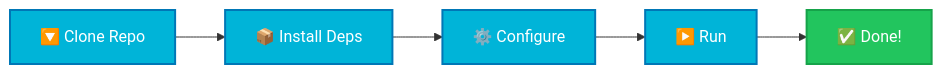
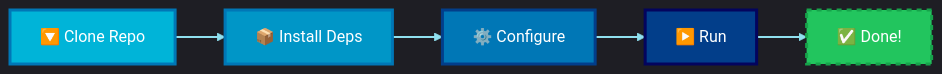
One commit to hxgzg6635jgd-art/TelegramRestrictionBypass changed the first of 4 diagrams in README.md. Above: the diagram before and after it, drawn with Mermaid. The commit also changed other lines of this file and 2 other files, not shown here.

````diff
--- a/README.md
+++ b/README.md
@@ -319,13 +375,16 @@
 ```mermaid
+%%{init: {'theme':'dark', 'themeVariables': { 'primaryColor':'#00b4d8','primaryTextColor':'#fff','primaryBorderColor':'#0077b6','lineColor':'#90e0ef','secondaryColor':'#48cae4','tertiaryColor':'#023e8a','fontSize':'16px'}}}%%
 graph LR
     A[🔽 Clone Repo] --> B[📦 Install Deps]
     B --> C[⚙️ Configure]
     C --> D[▶️ Run]
     D --> E[✅ Done!]
 
-    style A fill:#00b4d8,stroke:#0077b6,stroke-width:2px,color:#fff
-    style B fill:#00b4d8,stroke:#0077b6,stroke-width:2px,color:#fff
-    style C fill:#00b4d8,stroke:#0077b6,stroke-width:2px,color:#fff
-    style D fill:#00b4d8,stroke:#0077b6,stroke-width:2px,color:#fff
-    style E fill:#22c55e,stroke:#16a34a,stroke-width:2px,color:#fff
+    style A fill:#00b4d8,stroke:#0077b6,stroke-width:3px,color:#fff
+    style B fill:#0096c7,stroke:#0077b6,stroke-width:3px,color:#fff
+    style C fill:#0077b6,stroke:#023e8a,stroke-width:3px,color:#fff
+    style D fill:#023e8a,stroke:#03045e,stroke-width:3px,color:#fff
+    style E fill:#22c55e,stroke:#16a34a,stroke-width:3px,color:#fff,stroke-dasharray: 5 5
+
+    linkStyle default stroke:#90e0ef,stroke-width:2px
 ```
````
